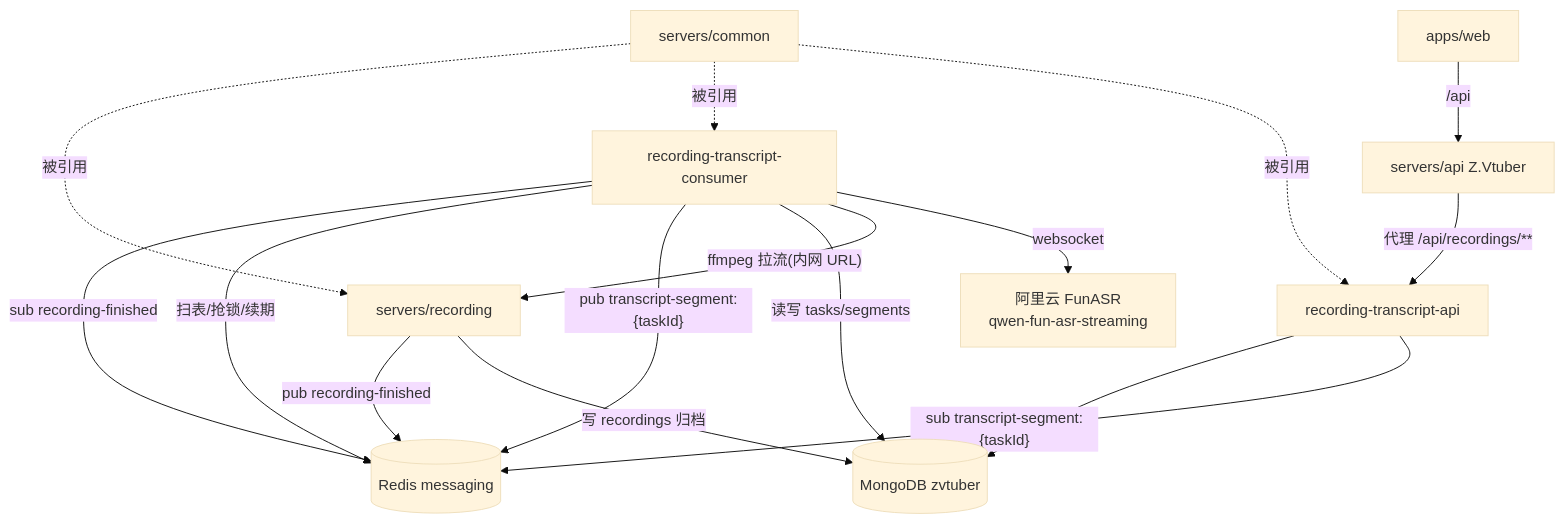
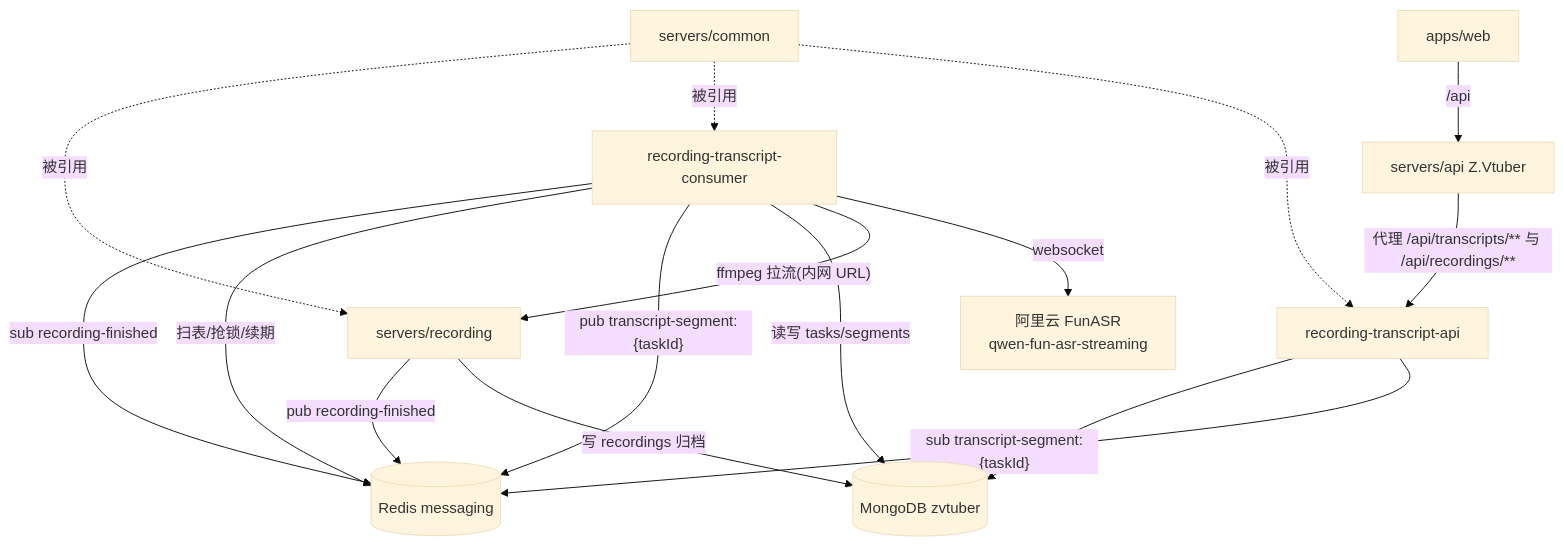
The first of 2 diagrams in docs/engineering/proposals/20260916-proposal-recording-transcript.md (Deliay/z-vtuber), drawn with Mermaid (base theme) before and after one commit. The commit also changed other lines of this file, not shown here.

Commit message:
docs: 转写 API 路由按 roomId 相关性分组修订

````diff
--- a/docs/engineering/proposals/20260916-proposal-recording-transcript.md
+++ b/docs/engineering/proposals/20260916-proposal-recording-transcript.md
@@ -43,18 +43,18 @@
 ```mermaid
 graph TD
     Web[apps/web] -->|/api| API[servers/api Z.Vtuber]
-    API -->|"代理 /api/recordings/**"| TAPI[recording-transcript-api]
+    API -->|"代理 /api/transcripts/** 与 /api/recordings/**"| TAPI[recording-transcript-api]
     REC[servers/recording] -->|"pub recording-finished"| R[(Redis messaging)]
     REC -->|写 recordings 归档| M[(MongoDB zvtuber)]
     CONS[recording-transcript-consumer] -->|"sub recording-finished"| R
     CONS -->|扫表/抢锁/续期| R
     CONS -->|"pub transcript-segment:{taskId}"| R
     CONS -->|读写 tasks/segments| M
     CONS -->|"ffmpeg 拉流(内网 URL)"| REC
     CONS -->|websocket| ASR[阿里云 FunASR<br/>qwen-fun-asr-streaming]
     TAPI --> M
     TAPI -->|"sub transcript-segment:{taskId}"| R
     Common[servers/common] -.被引用.-> REC
     Common -.被引用.-> CONS
     Common -.被引用.-> TAPI
 ```
````
